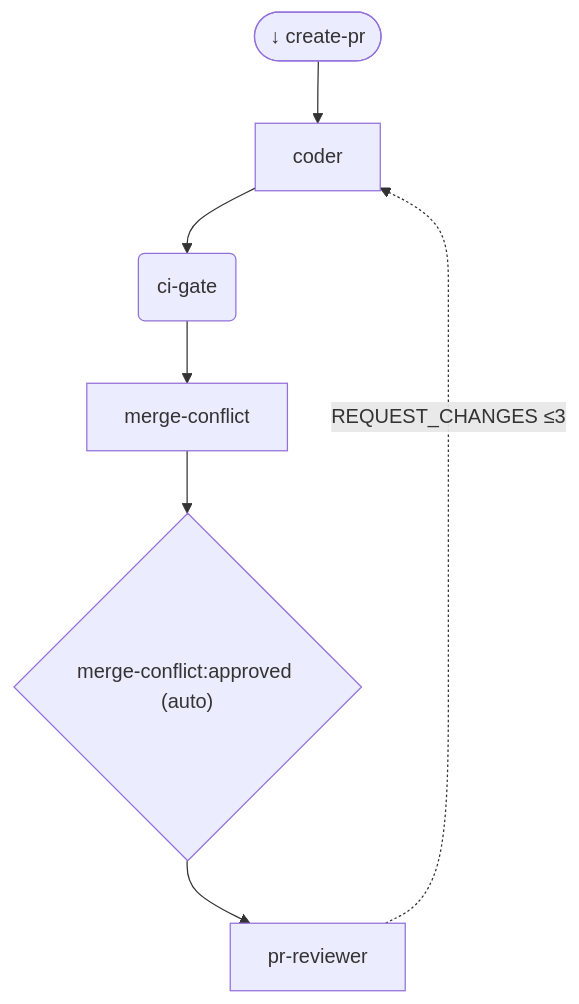
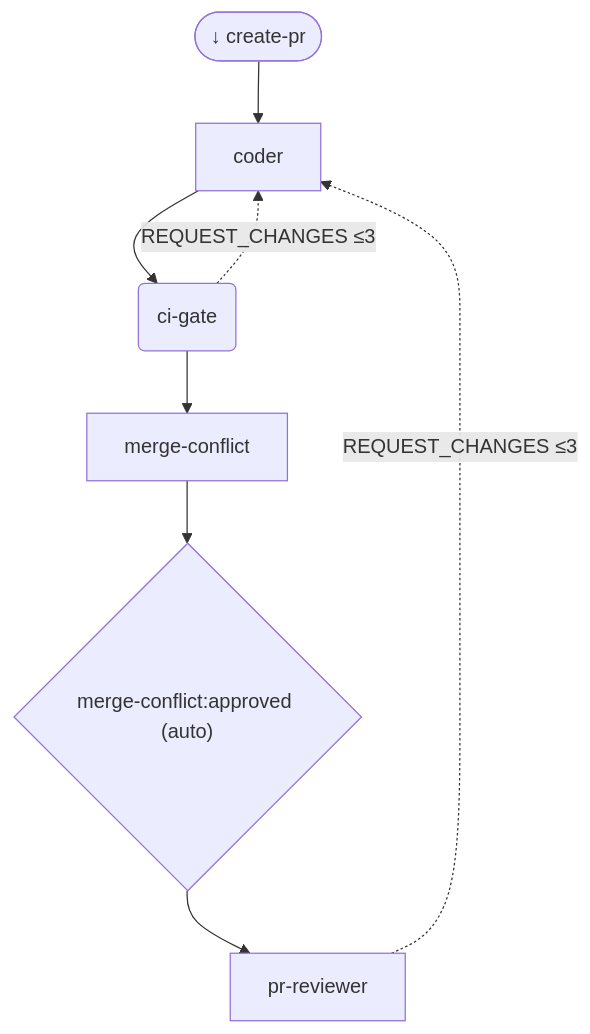
Before and after one commit to M-A-Operating-System/ai-coding-standards2: the diagram in docs/product/orchestrator/generated/phases/03_execute.mmd, drawn with Mermaid. The commit also changed 2 other files, not shown here.

Commit message:
chore: regenerate pipeline diagrams

```diff
--- a/docs/product/orchestrator/generated/phases/03_execute.mmd
+++ b/docs/product/orchestrator/generated/phases/03_execute.mmd
@@ -1,13 +1,14 @@
 flowchart TD
     n_01_product_docs__create_pr(["↓ create-pr"])
     n_03_execute__coder["coder"]
     n_03_execute__ci_gate("ci-gate")
     n_03_execute__merge_conflict["merge-conflict"]
     n_03_execute__pr_reviewer["pr-reviewer"]
     gate__n_03_execute__merge_conflict{"merge-conflict:approved (auto)"}
     n_03_execute__merge_conflict --> gate__n_03_execute__merge_conflict
     n_01_product_docs__create_pr --> n_03_execute__coder
     n_03_execute__coder --> n_03_execute__ci_gate
     n_03_execute__ci_gate --> n_03_execute__merge_conflict
     gate__n_03_execute__merge_conflict --> n_03_execute__pr_reviewer
+    n_03_execute__ci_gate -. REQUEST_CHANGES ≤3 .-> n_03_execute__coder
     n_03_execute__pr_reviewer -. REQUEST_CHANGES ≤3 .-> n_03_execute__coder
```
